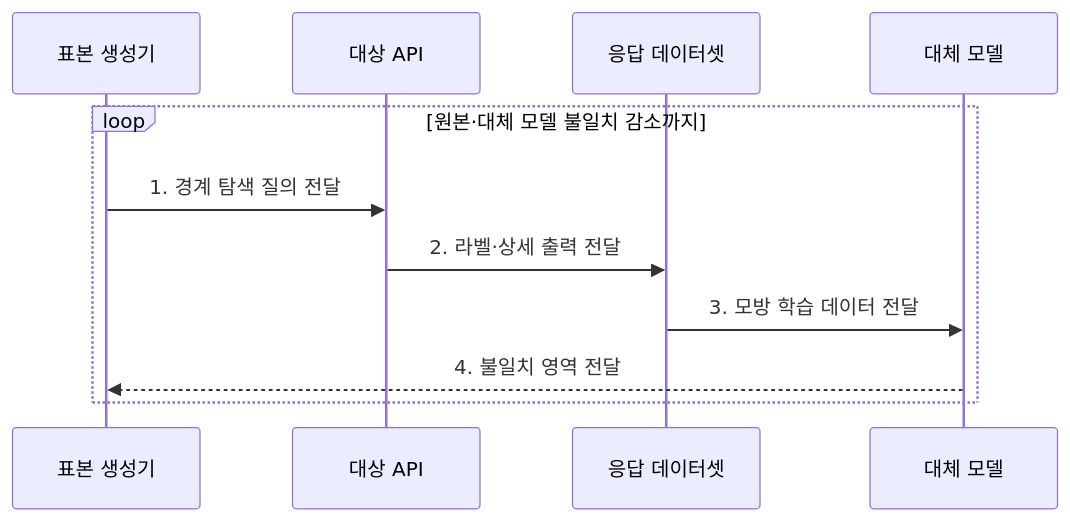
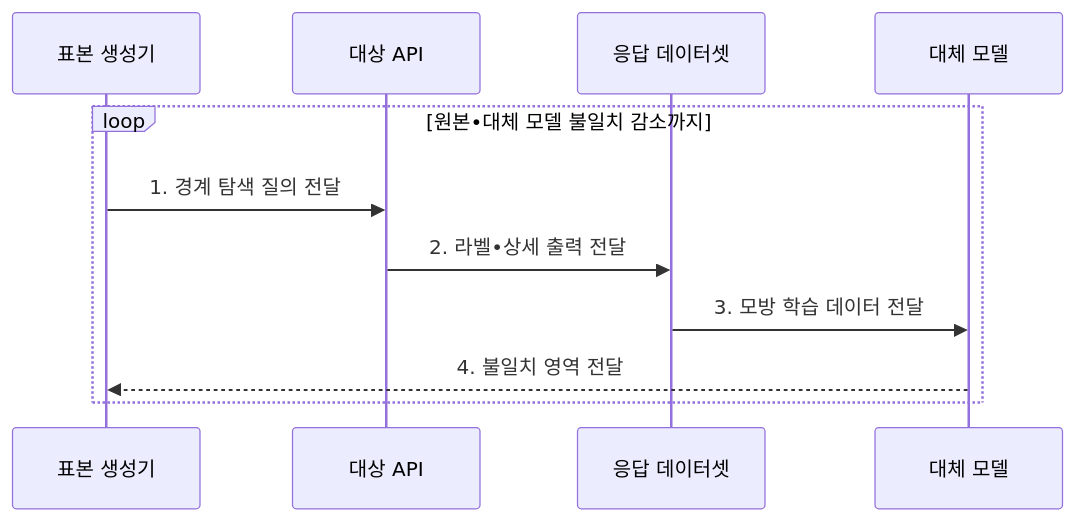
One commit to agnusdei1207/knowledge-base changed the second of 2 diagrams in src/content/docs/notes/08-latest-tech/119_model_extraction.md. Above: the diagram before and after it, drawn with Mermaid. The commit also changed other lines of this file and 953 other files, not shown here.

````diff
--- a/src/content/docs/notes/08-latest-tech/119_model_extraction.md
+++ b/src/content/docs/notes/08-latest-tech/119_model_extraction.md
@@ -106,13 +106,13 @@
 ```mermaid
 sequenceDiagram
     participant S as 표본 생성기
     participant A as 대상 API
     participant D as 응답 데이터셋
     participant M as 대체 모델
-    loop 원본·대체 모델 불일치 감소까지
+    loop 원본•대체 모델 불일치 감소까지
         S->>A: 1. 경계 탐색 질의 전달
-        A->>D: 2. 라벨·상세 출력 전달
+        A->>D: 2. 라벨•상세 출력 전달
         D->>M: 3. 모방 학습 데이터 전달
         M-->>S: 4. 불일치 영역 전달
     end
 ```
````
